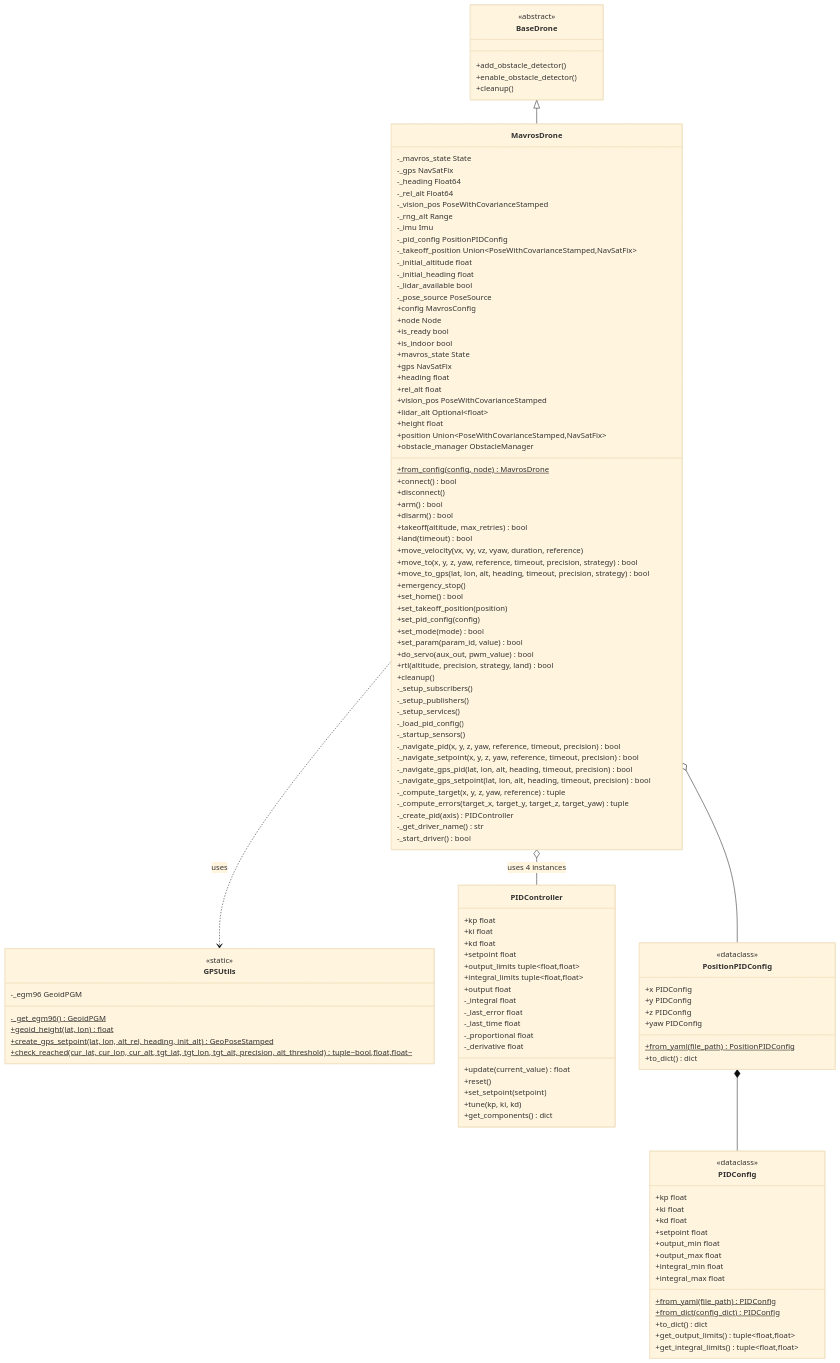
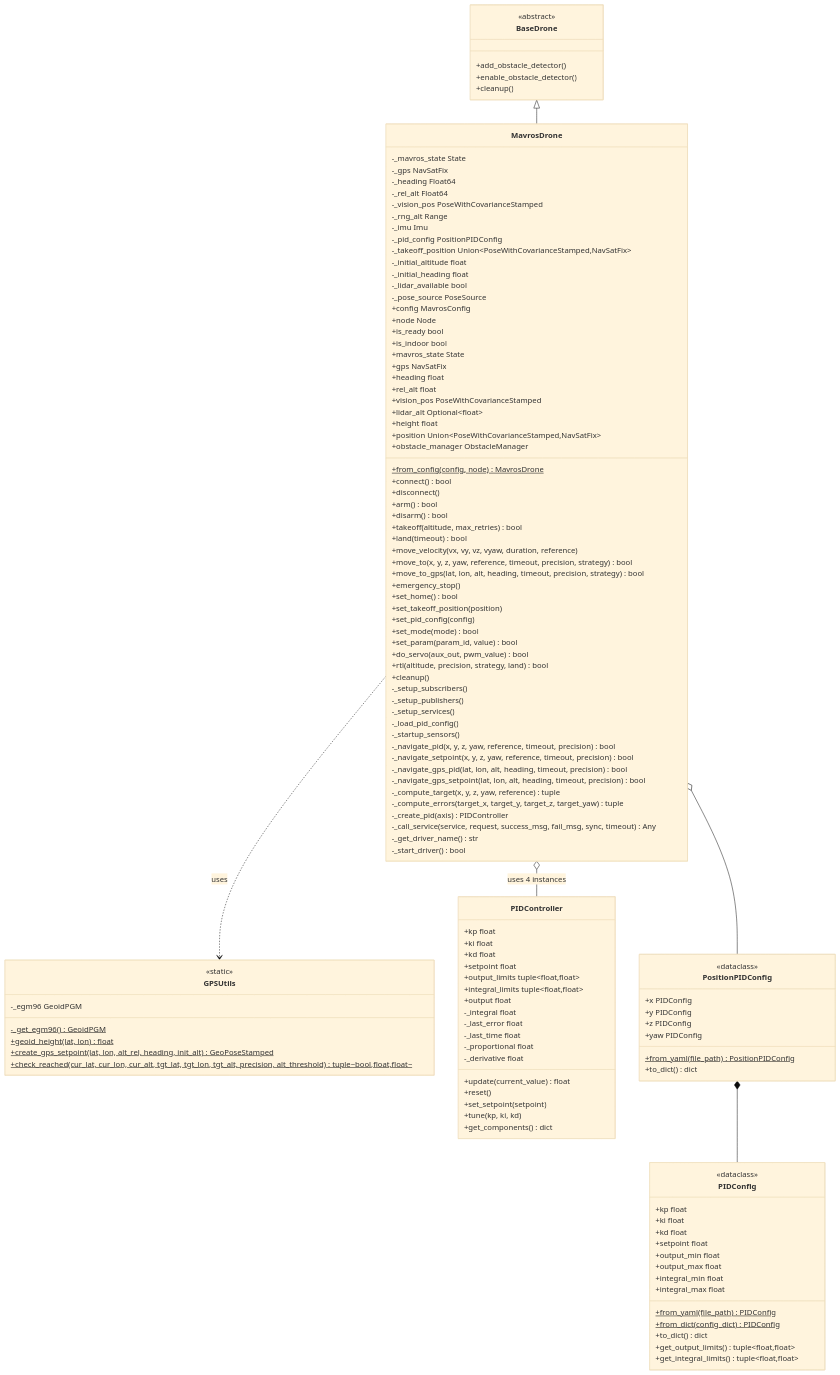
The diagram in mirela_sdk/mirela_sdk/control/mavros/README.md (Black-Bee-Drones/nectar-sdk), drawn with Mermaid (base theme) before and after one commit. The commit also changed other lines of this file and 9 other files, not shown here.

```diff
--- a/mirela_sdk/mirela_sdk/control/mavros/README.md
+++ b/mirela_sdk/mirela_sdk/control/mavros/README.md
@@ -64,6 +64,7 @@
         -_compute_target(x, y, z, yaw, reference) tuple
         -_compute_errors(target_x, target_y, target_z, target_yaw) tuple
         -_create_pid(axis) PIDController
+        -_call_service(service, request, success_msg, fail_msg, sync, timeout) Any
         -_get_driver_name() str
         -_start_driver() bool
     }
```
